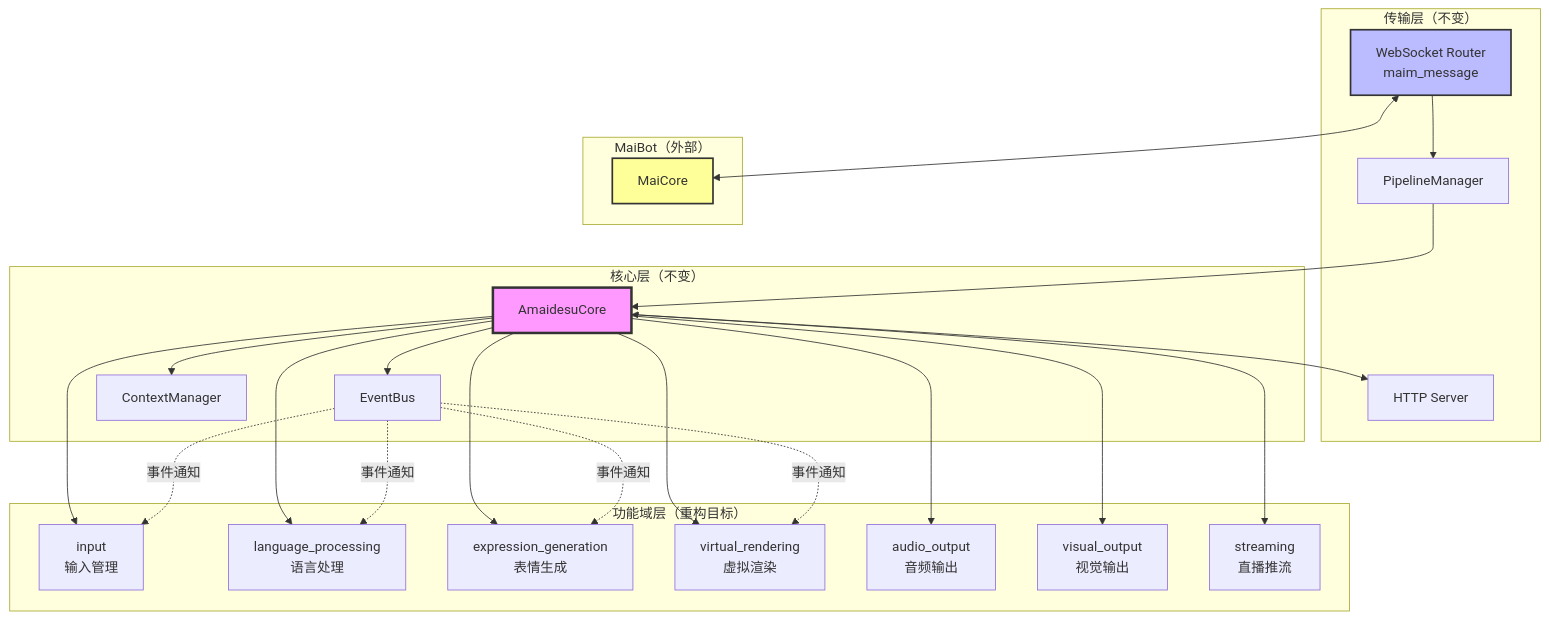
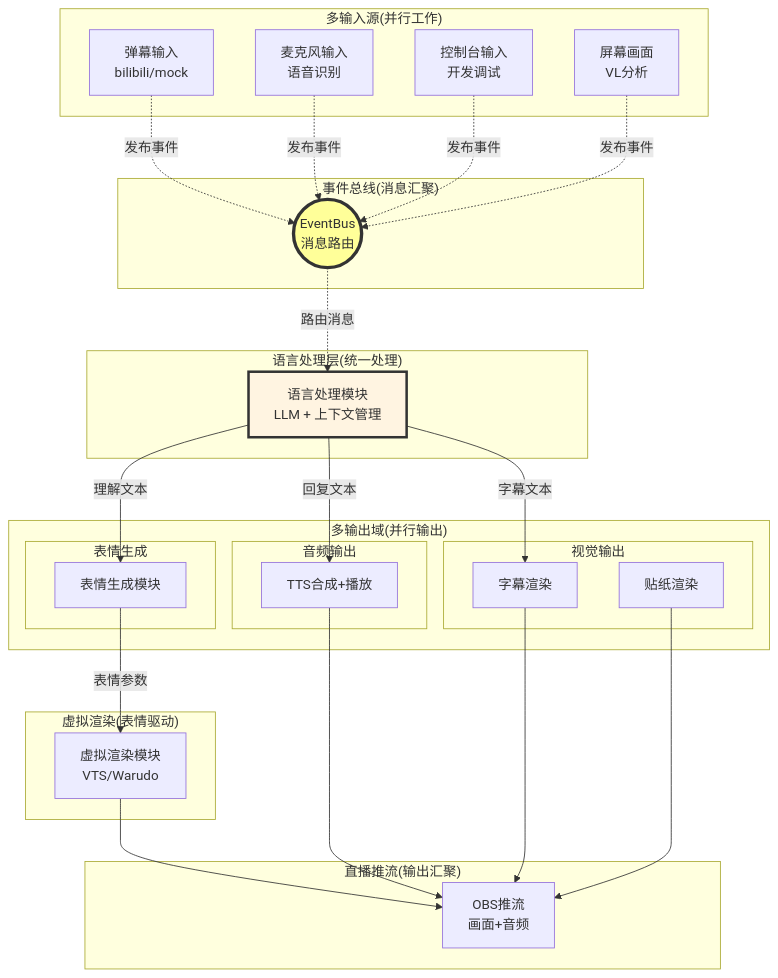
Before and after one commit to Mai-with-u/Amaidesu: the second of 3 diagrams in refactor.md, drawn with Mermaid. The commit also changed other lines of this file, not shown here.

````diff
--- a/refactor.md
+++ b/refactor.md
@@ -684,53 +278,59 @@
 ```mermaid
 graph TB
-    subgraph "传输层（不变）"
-        Router[WebSocket Router<br/>maim_message]
-        HTTP[HTTP Server]
-        Pipeline[PipelineManager]
+    subgraph "多输入源(并行工作)"
+        Danmaku[弹幕输入<br/>bilibili/mock]
+        Mic[麦克风输入<br/>语音识别]
+        Console[控制台输入<br/>开发调试]
+        Screen[屏幕画面<br/>VL分析]
     end
 
-    subgraph "核心层（不变）"
-        Core[AmaidesuCore]
-        EventBus[EventBus]
-        Context[ContextManager]
+    subgraph "事件总线(消息汇聚)"
+        EventBus((EventBus<br/>消息路由))
     end
 
-    subgraph "功能域层（重构目标）"
-        Input[input<br/>输入管理]
-        LangProc[language_processing<br/>语言处理]
-        ExprGen[expression_generation<br/>表情生成]
-        VirtRend[virtual_rendering<br/>虚拟渲染]
-        AudioOut[audio_output<br/>音频输出]
-        VisOut[visual_output<br/>视觉输出]
-        Stream[streaming<br/>直播推流]
+    subgraph "语言处理层(统一处理)"
+        LangProc[语言处理模块<br/>LLM + 上下文管理]
     end
 
-    subgraph "MaiBot（外部）"
-        MaiCore[MaiCore]
+    subgraph "多输出域(并行输出)"
+        subgraph "表情生成"
+            ExprGen[表情生成模块]
+        end
+        subgraph "音频输出"
+            TTS[TTS合成+播放]
+        end
+        subgraph "视觉输出"
+            Subtitle[字幕渲染]
+            Sticker[贴纸渲染]
+        end
     end
 
-    Router <--> MaiCore
-    Router --> Pipeline
-    Pipeline --> Core
-    Core <--> HTTP
+    subgraph "虚拟渲染(表情驱动)"
+        VirtRend[虚拟渲染模块<br/>VTS/Warudo]
+    end
 
-    Core --> EventBus
-    Core --> Context
+    subgraph "直播推流(输出汇聚)"
+        Stream[OBS推流<br/>画面+音频]
+    end
 
-    Core --> Input
-    Core --> LangProc
-    Core --> ExprGen
-    Core --> VirtRend
-    Core --> AudioOut
-    Core --> VisOut
-    Core --> Stream
+    Danmaku -.发布事件.-> EventBus
+    Mic -.发布事件.-> EventBus
+    Console -.发布事件.-> EventBus
+    Screen -.发布事件.-> EventBus
 
-    EventBus -.事件通知.-> Input
-    EventBus -.事件通知.-> LangProc
-    EventBus -.事件通知.-> ExprGen
-    EventBus -.事件通知.-> VirtRend
+    EventBus -.路由消息.-> LangProc
 
-    style Core fill:#f9f,stroke:#333,stroke-width:3px
-    style MaiCore fill:#ff9,stroke:#333,stroke-width:2px
-    style Router fill:#bbf,stroke:#333,stroke-width:2px
+    LangProc -->|理解文本| ExprGen
+    LangProc -->|回复文本| TTS
+    LangProc -->|字幕文本| Subtitle
+
+    ExprGen -->|表情参数| VirtRend
+
+    VirtRend --> Stream
+    TTS --> Stream
+    Subtitle --> Stream
+    Sticker --> Stream
+
+    style EventBus fill:#ff9,stroke:#333,stroke-width:4px
+    style LangProc fill:#fff4e1,stroke:#333,stroke-width:3px
 ```
````
